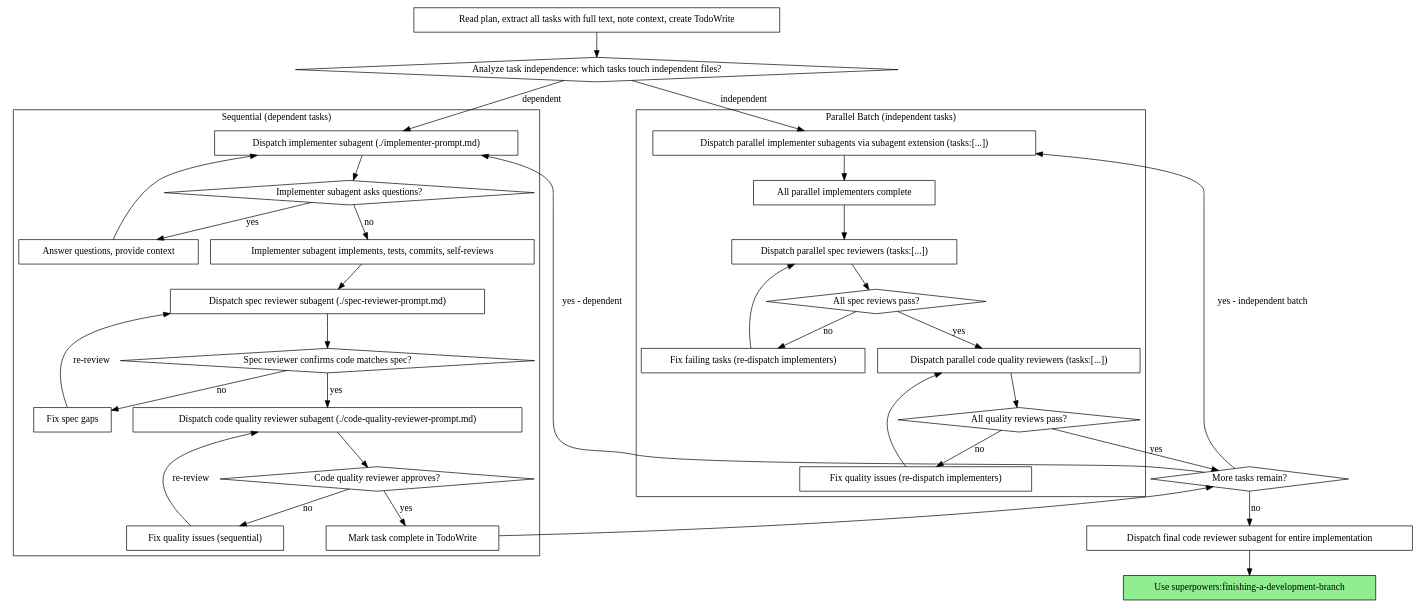
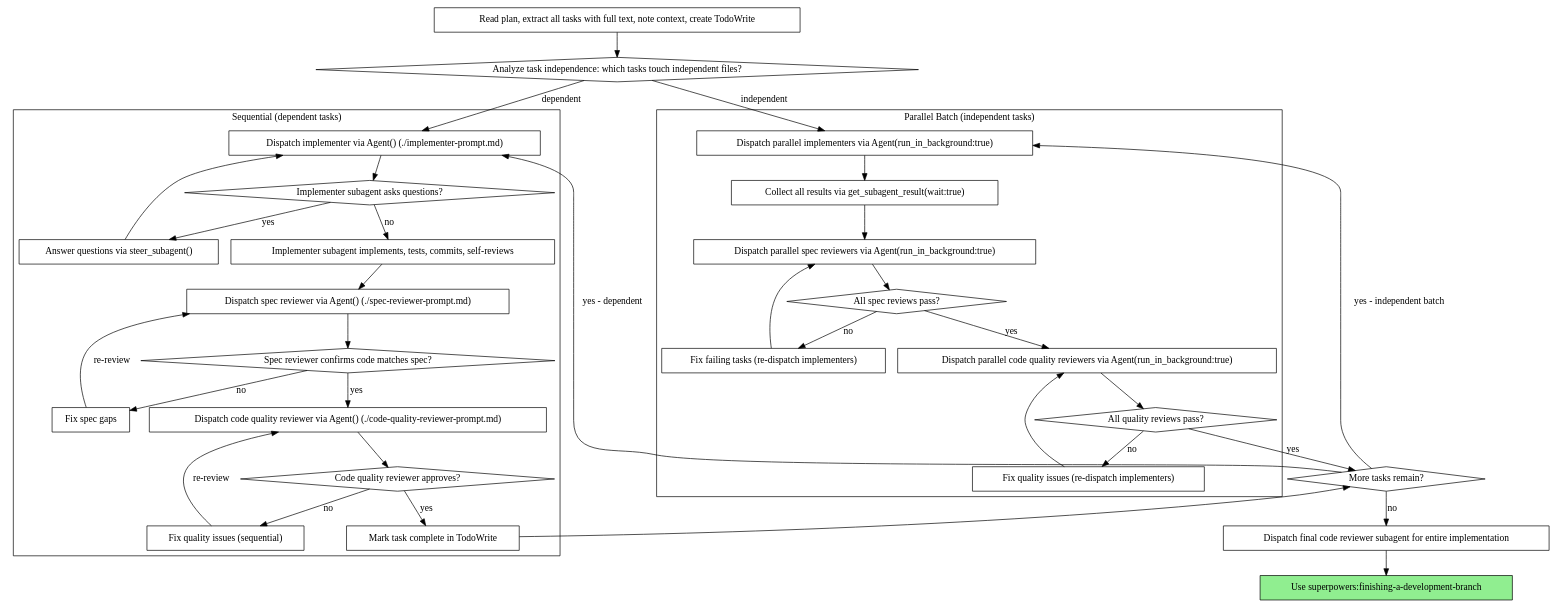
Before and after one commit to clhernandez/pi-tools: the second of 2 diagrams in skills/subagent-driven-development/SKILL.md, drawn with Graphviz. The commit also changed other lines of this file and 20 other files, not shown here.

First line of the commit message:
Replace custom subagent extension with @tintinweb/pi-subagents

````diff
--- a/skills/subagent-driven-development/SKILL.md
+++ b/skills/subagent-driven-development/SKILL.md
@@ -44,74 +44,74 @@
 ```dot
 digraph process {
     rankdir=TB;
 
     "Read plan, extract all tasks with full text, note context, create TodoWrite" [shape=box];
     "Analyze task independence: which tasks touch independent files?" [shape=diamond];
 
     subgraph cluster_parallel {
         label="Parallel Batch (independent tasks)";
-        "Dispatch parallel implementer subagents via subagent extension (tasks:[...])" [shape=box];
-        "All parallel implementers complete" [shape=box];
-        "Dispatch parallel spec reviewers (tasks:[...])" [shape=box];
+        "Dispatch parallel implementers via Agent(run_in_background:true)" [shape=box];
+        "Collect all results via get_subagent_result(wait:true)" [shape=box];
+        "Dispatch parallel spec reviewers via Agent(run_in_background:true)" [shape=box];
         "All spec reviews pass?" [shape=diamond];
         "Fix failing tasks (re-dispatch implementers)" [shape=box];
-        "Dispatch parallel code quality reviewers (tasks:[...])" [shape=box];
+        "Dispatch parallel code quality reviewers via Agent(run_in_background:true)" [shape=box];
         "All quality reviews pass?" [shape=diamond];
         "Fix quality issues (re-dispatch implementers)" [shape=box];
     }
 
     subgraph cluster_sequential {
         label="Sequential (dependent tasks)";
-        "Dispatch implementer subagent (./implementer-prompt.md)" [shape=box];
+        "Dispatch implementer via Agent() (./implementer-prompt.md)" [shape=box];
         "Implementer subagent asks questions?" [shape=diamond];
-        "Answer questions, provide context" [shape=box];
+        "Answer questions via steer_subagent()" [shape=box];
         "Implementer subagent implements, tests, commits, self-reviews" [shape=box];
-        "Dispatch spec reviewer subagent (./spec-reviewer-prompt.md)" [shape=box];
+        "Dispatch spec reviewer via Agent() (./spec-reviewer-prompt.md)" [shape=box];
         "Spec reviewer confirms code matches spec?" [shape=diamond];
         "Fix spec gaps" [shape=box];
-        "Dispatch code quality reviewer subagent (./code-quality-reviewer-prompt.md)" [shape=box];
+        "Dispatch code quality reviewer via Agent() (./code-quality-reviewer-prompt.md)" [shape=box];
         "Code quality reviewer approves?" [shape=diamond];
         "Fix quality issues (sequential)" [shape=box];
         "Mark task complete in TodoWrite" [shape=box];
     }
 
     "More tasks remain?" [shape=diamond];
     "Dispatch final code reviewer subagent for entire implementation" [shape=box];
     "Use superpowers:finishing-a-development-branch" [shape=box style=filled fillcolor=lightgreen];
 
     "Read plan, extract all tasks with full text, note context, create TodoWrite" -> "Analyze task independence: which tasks touch independent files?";
-    "Analyze task independence: which tasks touch independent files?" -> "Dispatch parallel implementer subagents via subagent extension (tasks:[...])" [label="independent"];
-    "Analyze task independence: which tasks touch independent files?" -> "Dispatch implementer subagent (./implementer-prompt.md)" [label="dependent"];
+    "Analyze task independence: which tasks touch independent files?" -> "Dispatch parallel implementers via Agent(run_in_background:true)" [label="independent"];
+    "Analyze task independence: which tasks touch independent files?" -> "Dispatch implementer via Agent() (./implementer-prompt.md)" [label="dependent"];
 
-    "Dispatch parallel implementer subagents via subagent extension (tasks:[...])" -> "All parallel implementers complete";
-    "All parallel implementers complete" -> "Dispatch parallel spec reviewers (tasks:[...])";
-    "Dispatch parallel spec reviewers (tasks:[...])" -> "All spec reviews pass?";
+    "Dispatch parallel implementers via Agent(run_in_background:true)" -> "Collect all results via get_subagent_result(wait:true)";
+    "Collect all results via get_subagent_result(wait:true)" -> "Dispatch parallel spec reviewers via Agent(run_in_background:true)";
+    "Dispatch parallel spec reviewers via Agent(run_in_background:true)" -> "All spec reviews pass?";
     "All spec reviews pass?" -> "Fix failing tasks (re-dispatch implementers)" [label="no"];
-    "Fix failing tasks (re-dispatch implementers)" -> "Dispatch parallel spec reviewers (tasks:[...])";
-    "All spec reviews pass?" -> "Dispatch parallel code quality reviewers (tasks:[...])" [label="yes"];
-    "Dispatch parallel code quality reviewers (tasks:[...])" -> "All quality reviews pass?";
+    "Fix failing tasks (re-dispatch implementers)" -> "Dispatch parallel spec reviewers via Agent(run_in_background:true)";
+    "All spec reviews pass?" -> "Dispatch parallel code quality reviewers via Agent(run_in_background:true)" [label="yes"];
+    "Dispatch parallel code quality reviewers via Agent(run_in_background:true)" -> "All quality reviews pass?";
     "All quality reviews pass?" -> "Fix quality issues (re-dispatch implementers)" [label="no"];
-    "Fix quality issues (re-dispatch implementers)" -> "Dispatch parallel code quality reviewers (tasks:[...])";
+    "Fix quality issues (re-dispatch implementers)" -> "Dispatch parallel code quality reviewers via Agent(run_in_background:true)";
     "All quality reviews pass?" -> "More tasks remain?" [label="yes"];
 
-    "Dispatch implementer subagent (./implementer-prompt.md)" -> "Implementer subagent asks questions?";
-    "Implementer subagent asks questions?" -> "Answer questions, provide context" [label="yes"];
-    "Answer questions, provide context" -> "Dispatch implementer subagent (./implementer-prompt.md)";
+    "Dispatch implementer via Agent() (./implementer-prompt.md)" -> "Implementer subagent asks questions?";
+    "Implementer subagent asks questions?" -> "Answer questions via steer_subagent()" [label="yes"];
+    "Answer questions via steer_subagent()" -> "Dispatch implementer via Agent() (./implementer-prompt.md)";
     "Implementer subagent asks questions?" -> "Implementer subagent implements, tests, commits, self-reviews" [label="no"];
-    "Implementer subagent implements, tests, commits, self-reviews" -> "Dispatch spec reviewer subagent (./spec-reviewer-prompt.md)";
-    "Dispatch spec reviewer subagent (./spec-reviewer-prompt.md)" -> "Spec reviewer confirms code matches spec?";
+    "Implementer subagent implements, tests, commits, self-reviews" -> "Dispatch spec reviewer via Agent() (./spec-reviewer-prompt.md)";
+    "Dispatch spec reviewer via Agent() (./spec-reviewer-prompt.md)" -> "Spec reviewer confirms code matches spec?";
     "Spec reviewer confirms code matches spec?" -> "Fix spec gaps" [label="no"];
-    "Fix spec gaps" -> "Dispatch spec reviewer subagent (./spec-reviewer-prompt.md)" [label="re-review"];
-    "Spec reviewer confirms code matches spec?" -> "Dispatch code quality reviewer subagent (./code-quality-reviewer-prompt.md)" [label="yes"];
-    "Dispatch code quality reviewer subagent (./code-quality-reviewer-prompt.md)" -> "Code quality reviewer approves?";
+    "Fix spec gaps" -> "Dispatch spec reviewer via Agent() (./spec-reviewer-prompt.md)" [label="re-review"];
+    "Spec reviewer confirms code matches spec?" -> "Dispatch code quality reviewer via Agent() (./code-quality-reviewer-prompt.md)" [label="yes"];
+    "Dispatch code quality reviewer via Agent() (./code-quality-reviewer-prompt.md)" -> "Code quality reviewer approves?";
     "Code quality reviewer approves?" -> "Fix quality issues (sequential)" [label="no"];
-    "Fix quality issues (sequential)" -> "Dispatch code quality reviewer subagent (./code-quality-reviewer-prompt.md)" [label="re-review"];
+    "Fix quality issues (sequential)" -> "Dispatch code quality reviewer via Agent() (./code-quality-reviewer-prompt.md)" [label="re-review"];
     "Code quality reviewer approves?" -> "Mark task complete in TodoWrite" [label="yes"];
     "Mark task complete in TodoWrite" -> "More tasks remain?";
 
-    "More tasks remain?" -> "Dispatch implementer subagent (./implementer-prompt.md)" [label="yes - dependent"];
-    "More tasks remain?" -> "Dispatch parallel implementer subagents via subagent extension (tasks:[...])" [label="yes - independent batch"];
+    "More tasks remain?" -> "Dispatch implementer via Agent() (./implementer-prompt.md)" [label="yes - dependent"];
+    "More tasks remain?" -> "Dispatch parallel implementers via Agent(run_in_background:true)" [label="yes - independent batch"];
     "More tasks remain?" -> "Dispatch final code reviewer subagent for entire implementation" [label="no"];
     "Dispatch final code reviewer subagent for entire implementation" -> "Use superpowers:finishing-a-development-branch";
 }
 ```
````
